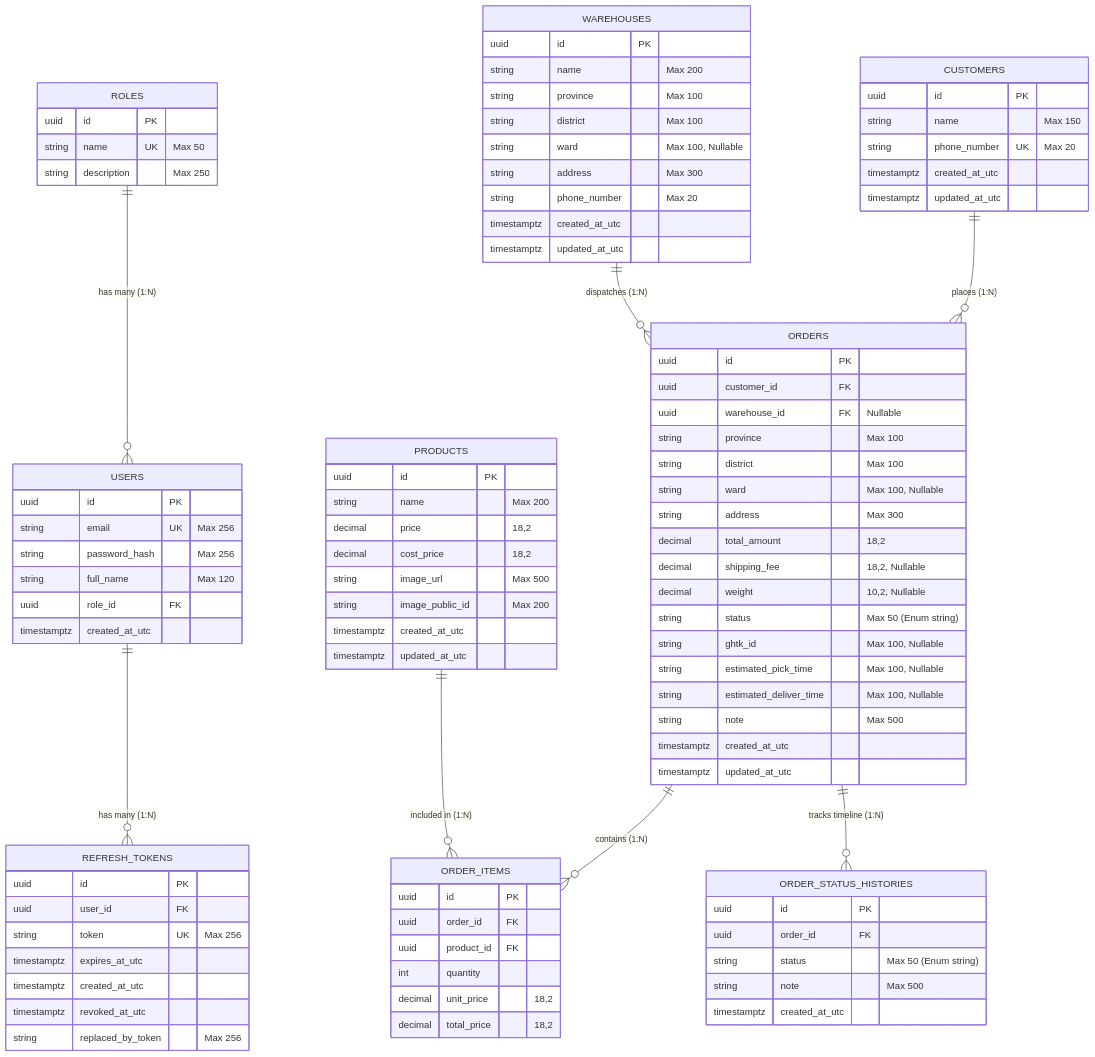
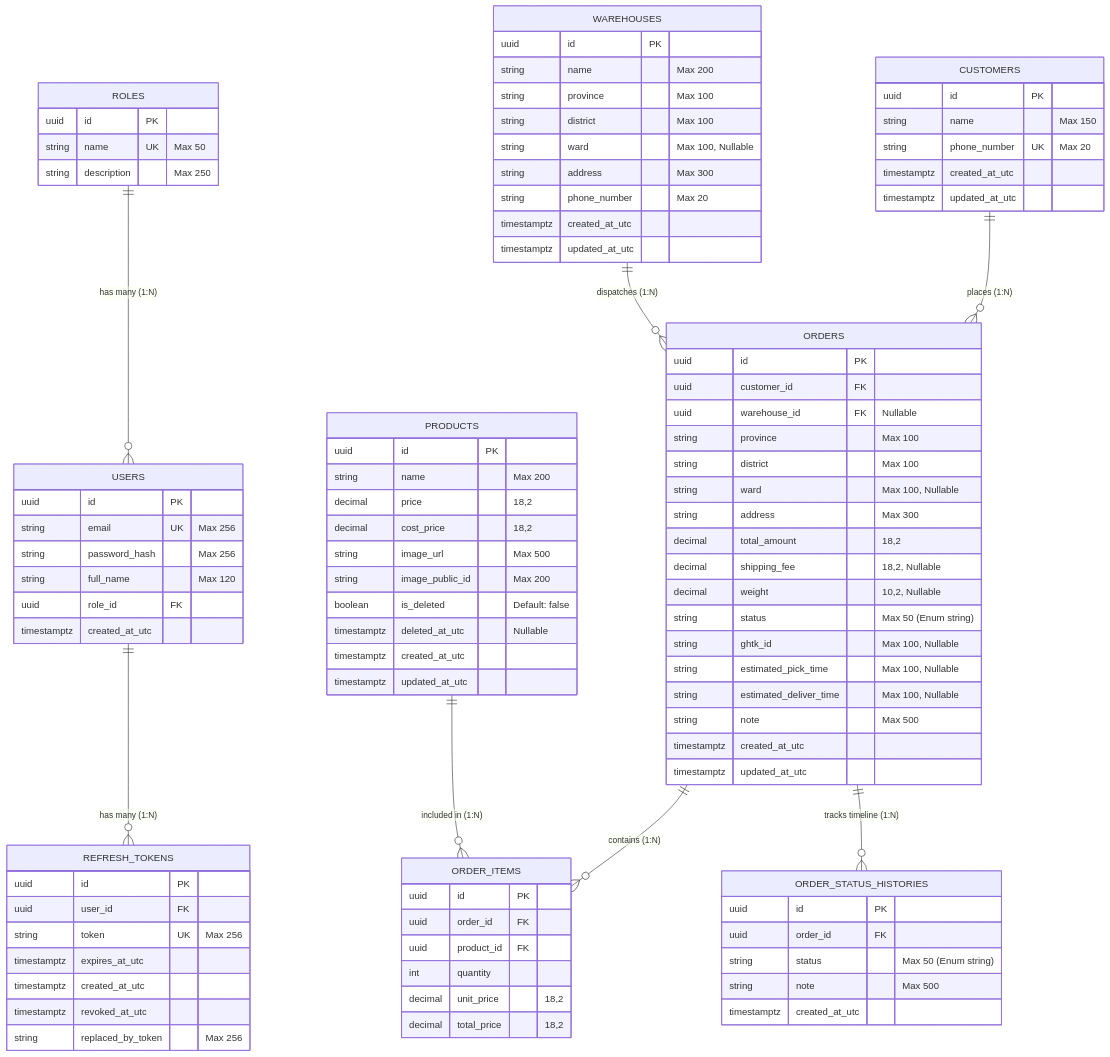
One commit to huy-ngu/thinh-phat-be changed the diagram in ENTITIES_DOCUMENTATION.md. Above: the diagram before and after it, drawn with Mermaid. The commit also changed other lines of this file and 31 other files, not shown here.

```diff
--- a/ENTITIES_DOCUMENTATION.md
+++ b/ENTITIES_DOCUMENTATION.md
@@ -84,6 +84,8 @@
         decimal cost_price "18,2"
         string image_url "Max 500"
         string image_public_id "Max 200"
+        boolean is_deleted "Default: false"
+        timestamptz deleted_at_utc "Nullable"
         timestamptz created_at_utc
         timestamptz updated_at_utc
     }
```
